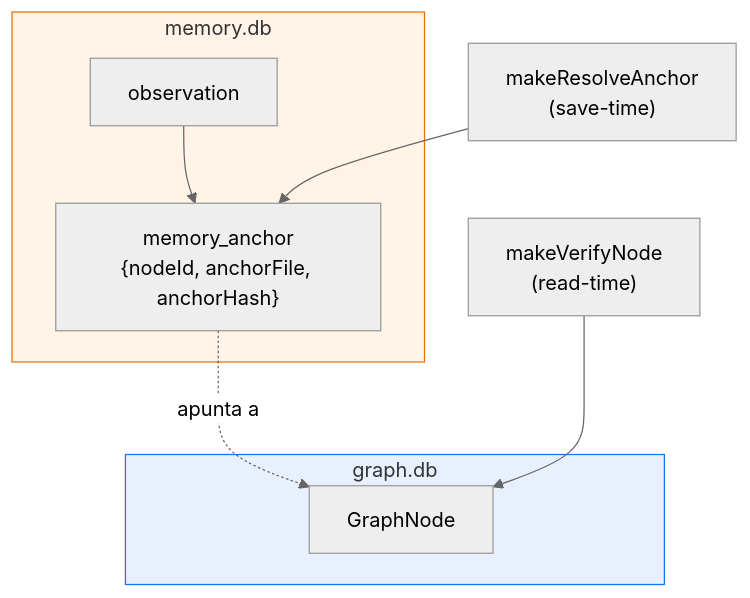
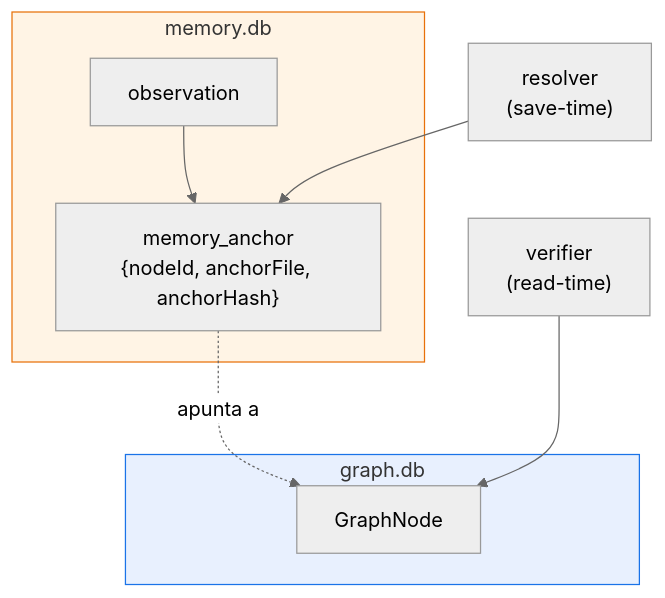
Before and after one commit to Kolimar/leina: the first of 4 diagrams in docs/concepts/05-comunicacion-grafo-memoria.md, drawn with Mermaid (neutral theme). The commit also changed other lines of this file and 22 other files, not shown here.

````diff
--- a/docs/concepts/05-comunicacion-grafo-memoria.md
+++ b/docs/concepts/05-comunicacion-grafo-memoria.md
@@ -19,16 +18,16 @@
 ```mermaid
 flowchart TB
     subgraph mem["memory.db"]
         obs["observation"]
         anchor["memory_anchor<br/>{nodeId, anchorFile, anchorHash}"]
         obs --> anchor
     end
     subgraph gdb["graph.db"]
         gnode["GraphNode"]
     end
     anchor -.->|apunta a| gnode
-    resolver["makeResolveAnchor<br/>(save-time)"] --> anchor
-    verifier["makeVerifyNode<br/>(read-time)"] --> gnode
+    resolver["resolver<br/>(save-time)"] --> anchor
+    verifier["verifier<br/>(read-time)"] --> gnode
     style mem fill:#fff4e5,stroke:#e8710a
     style gdb fill:#e8f0fe,stroke:#1a73e8
 ```
````
